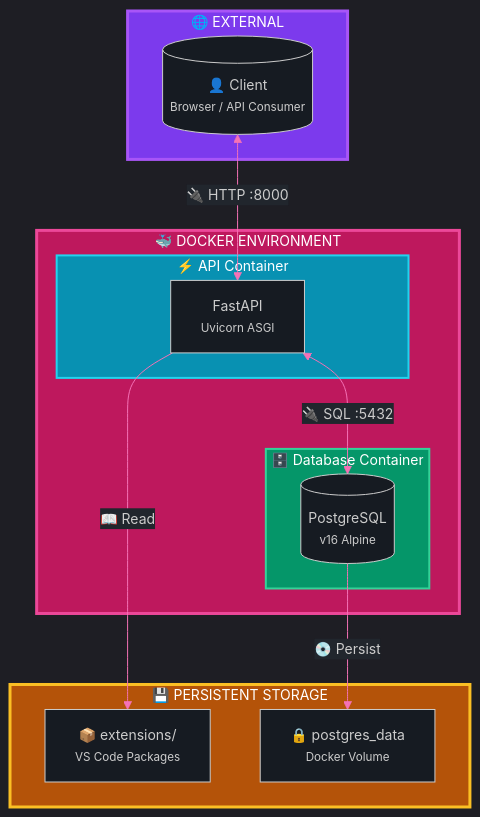
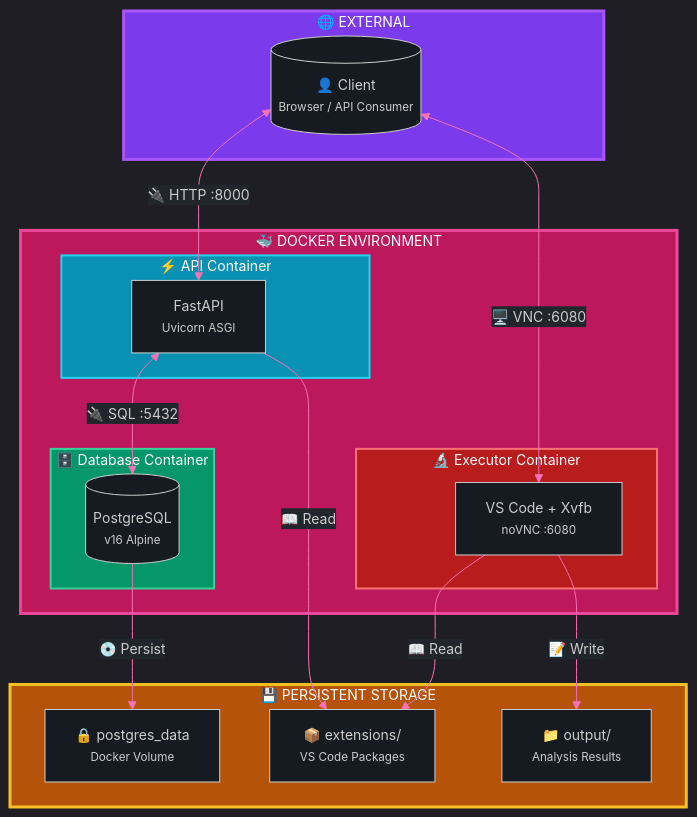
Before and after one commit to Ekremunalytu/automation_enviroment: the first of 14 diagrams in documents/ARCHITECTURE.md, drawn with Mermaid. The commit also changed other lines of this file and 9 other files, not shown here.

Commit message:
project architecture changed. xvfb used

````diff
--- a/documents/ARCHITECTURE.md
+++ b/documents/ARCHITECTURE.md
@@ -65,33 +65,42 @@
 ```mermaid
 %%{init: {'theme': 'dark', 'themeVariables': { 'background': '#0d1117', 'primaryColor': '#7c3aed', 'primaryTextColor': '#e6edf3', 'primaryBorderColor': '#a855f7', 'lineColor': '#f472b6', 'secondaryColor': '#1f2937', 'tertiaryColor': '#374151', 'mainBkg': '#161b22', 'nodeBkg': '#21262d', 'clusterBkg': '#161b22', 'titleColor': '#e6edf3', 'edgeLabelBackground': '#21262d', 'fontFamily': 'ui-monospace, monospace', 'fontSize': '14px'}}}%%
 flowchart TB
     subgraph External["🌐 EXTERNAL"]
         Client[("👤 Client<br/><small>Browser / API Consumer</small>")]
     end
 
     subgraph Docker["🐳 DOCKER ENVIRONMENT"]
         subgraph API["⚡ API Container"]
             FastAPI["FastAPI<br/><small>Uvicorn ASGI</small>"]
         end
 
         subgraph DB["🗄️ Database Container"]
             PostgreSQL[("PostgreSQL<br/><small>v16 Alpine</small>")]
         end
+
+        subgraph Executor["🔬 Executor Container"]
+            VSCode["VS Code + Xvfb<br/><small>noVNC :6080</small>"]
+        end
     end
 
     subgraph Storage["💾 PERSISTENT STORAGE"]
         Extensions["📦 extensions/<br/><small>VS Code Packages</small>"]
         Volumes["🔒 postgres_data<br/><small>Docker Volume</small>"]
+        Output["📁 output/<br/><small>Analysis Results</small>"]
     end
 
     Client <-->|"🔌 HTTP :8000"| FastAPI
+    Client <-->|"🖥️ VNC :6080"| VSCode
     FastAPI <-->|"🔌 SQL :5432"| PostgreSQL
     FastAPI -->|"📖 Read"| Extensions
+    VSCode -->|"📖 Read"| Extensions
+    VSCode -->|"📝 Write"| Output
     PostgreSQL -->|"💿 Persist"| Volumes
 
     style External fill:#7c3aed,stroke:#a855f7,stroke-width:3px,color:#fff
     style Docker fill:#be185d,stroke:#ec4899,stroke-width:3px,color:#fff
     style API fill:#0891b2,stroke:#22d3ee,stroke-width:2px,color:#fff
     style DB fill:#059669,stroke:#34d399,stroke-width:2px,color:#fff
+    style Executor fill:#b91c1c,stroke:#f87171,stroke-width:2px,color:#fff
     style Storage fill:#b45309,stroke:#fbbf24,stroke-width:3px,color:#fff
 ```
````
